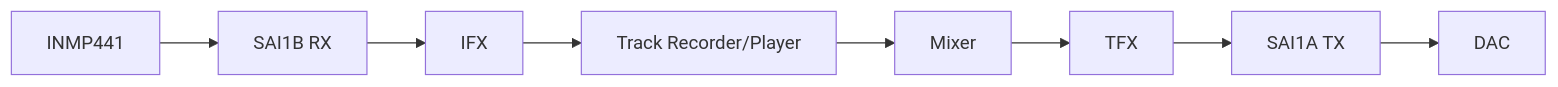
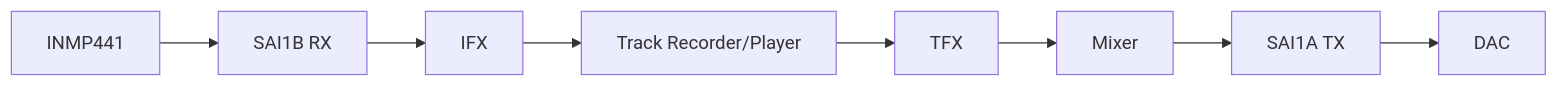
One commit to 10cheon00/rtos-loopstation changed the fourth of 4 diagrams in docs/software_architecture.md. Above: the diagram before and after it, drawn with Mermaid. The commit also changed other lines of this file, not shown here.

Commit message:
docs: 트랙에 TFX를 적용한 후 믹싱하도록 다이어그램 수정

````diff
--- a/docs/software_architecture.md
+++ b/docs/software_architecture.md
@@ -123,13 +123,13 @@
 ```mermaid
 flowchart LR
     MIC["INMP441"]
     RX["SAI1B RX"]
     IFX["IFX"]
     TRACK["Track Recorder/Player"]
     MIX["Mixer"]
     TFX["TFX"]
     TX["SAI1A TX"]
     DAC["DAC"]
 
-    MIC --> RX --> IFX --> TRACK --> MIX --> TFX --> TX --> DAC
+    MIC --> RX --> IFX --> TRACK --> TFX --> MIX -->  TX --> DAC
 ```
````
